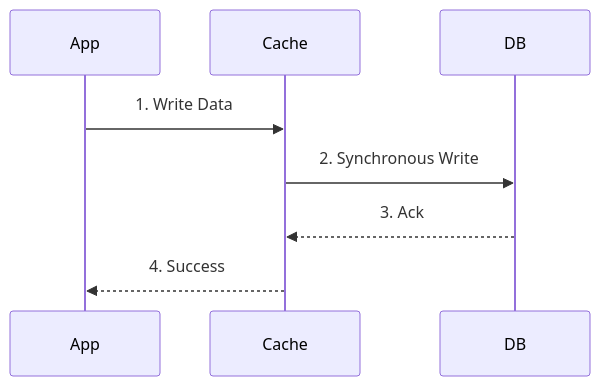
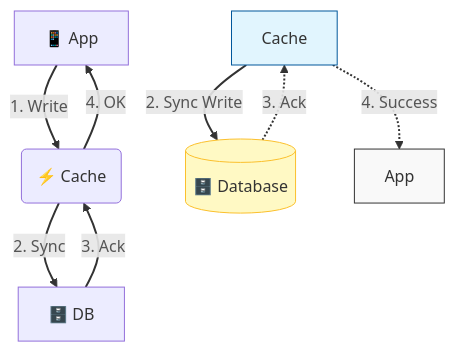
Before and after one commit to akshayadik/adiklabs: the fourth of 5 diagrams in content/system-architecture/the-scalability-blueprint.mdx, drawn with Mermaid. The commit also changed 5 other files, not shown here.

Commit message:
fix: Mermaid issue

````diff
--- a/content/system-architecture/the-scalability-blueprint.mdx
+++ b/content/system-architecture/the-scalability-blueprint.mdx
@@ -73,10 +73,16 @@
 ```mermaid
-sequenceDiagram
-    participant App
-    participant Cache
-    participant DB
-    App->>Cache: 1. Write Data
-    Cache->>DB: 2. Synchronous Write
-    DB-->>Cache: 3. Ack
-    Cache-->>App: 4. Success
+flowchart TD
+    A[📱 App] -->|1. Write| B(⚡ Cache)
+    B -->|2. Sync| C[🗄️ DB]
+    C -->|3. Ack| B
+    B -->|4. OK| A
+
+    linkStyle default color:#555,stroke-width:2px;
+    Cache -- "2. Sync Write" --> DB[(🗄️ Database)]
+    DB -. "3. Ack" .-> Cache
+    Cache -. "4. Success" .-> App
+
+    style App fill:#f9f9f9,stroke:#333
+    style Cache fill:#e1f5fe,stroke:#01579b
+    style DB fill:#fff9c4,stroke:#fbc02d
 ```
````
